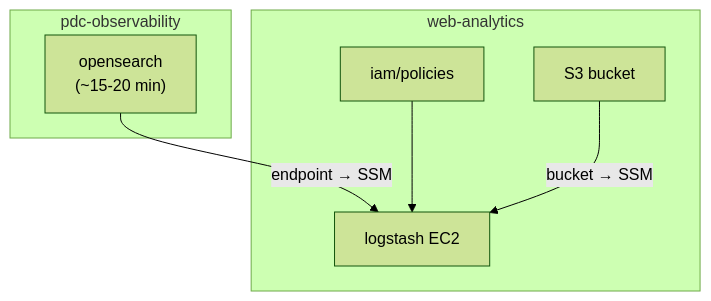
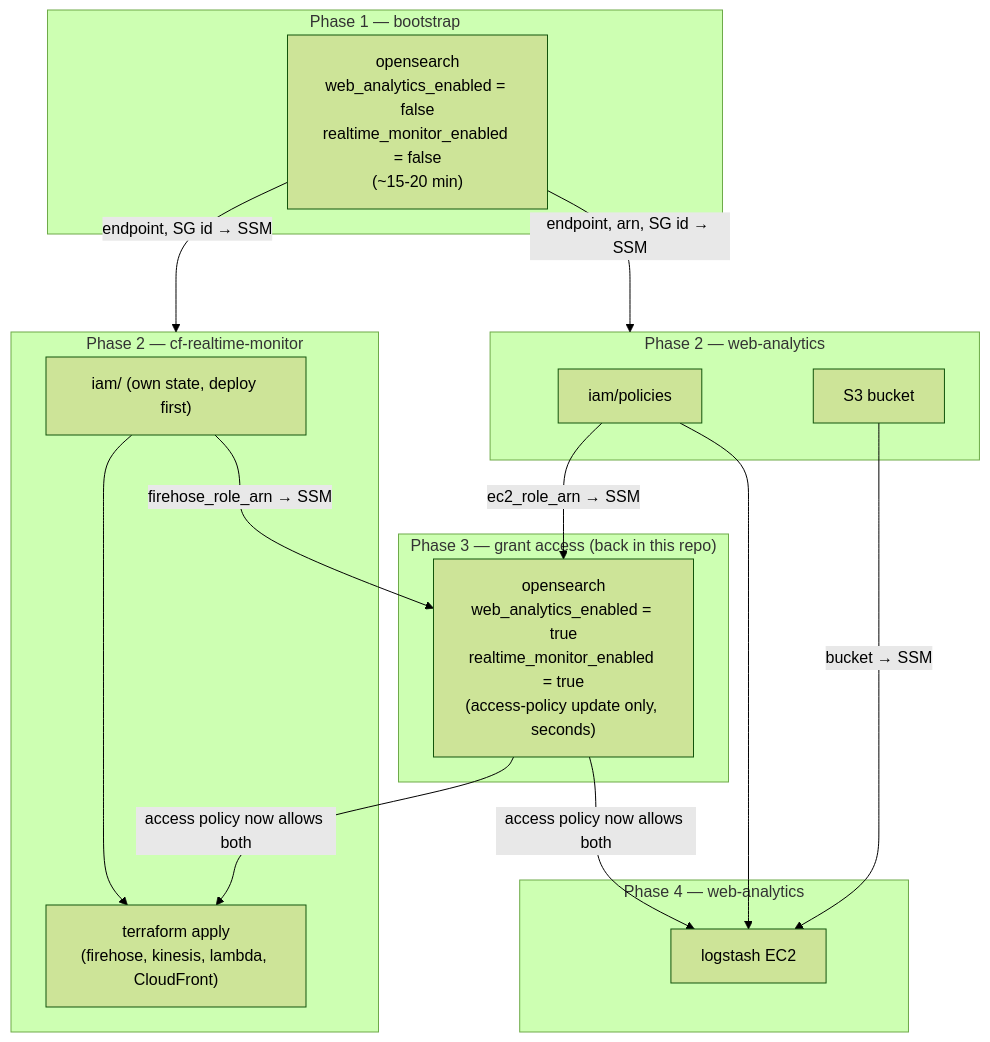
Before and after one commit to NASA-PDS/o11y-platform: the second of 2 diagrams in terraform/README.md, drawn with Mermaid (forest theme). The commit also changed other lines of this file and 1 other file, not shown here.

First line of the commit message:
Read tfvars from cds-infra-deploy by default, LOCAL=1 to fall back

````diff
--- a/terraform/README.md
+++ b/terraform/README.md
@@ -51,16 +52,34 @@
 ```mermaid
 flowchart TD
-    subgraph here["pdc-observability"]
-        OS["opensearch\n(~15-20 min)"]
+    subgraph p1["Phase 1 — bootstrap"]
+        OS1["opensearch\nweb_analytics_enabled = false\nrealtime_monitor_enabled = false\n(~15-20 min)"]
     end
 
-    subgraph wa["web-analytics"]
+    subgraph p2wa["Phase 2 — web-analytics"]
         IAM["iam/policies"]
         S3["S3 bucket"]
+    end
+
+    subgraph p2cf["Phase 2 — cf-realtime-monitor"]
+        CFIAM["iam/ (own state, deploy first)"]
+        CFMAIN["terraform apply\n(firehose, kinesis, lambda, CloudFront)"]
+        CFIAM --> CFMAIN
+    end
+
+    subgraph p3["Phase 3 — grant access (back in this repo)"]
+        OS2["opensearch\nweb_analytics_enabled = true\nrealtime_monitor_enabled = true\n(access-policy update only, seconds)"]
+    end
+
+    subgraph p4["Phase 4 — web-analytics"]
         LS["logstash EC2"]
     end
 
-    OS -->|"endpoint → SSM"| LS
+    OS1 -->|"endpoint, arn, SG id → SSM"| p2wa
+    OS1 -->|"endpoint, SG id → SSM"| p2cf
+    IAM -->|"ec2_role_arn → SSM"| OS2
+    CFIAM -->|"firehose_role_arn → SSM"| OS2
+    OS2 -->|"access policy now allows both"| LS
+    OS2 -->|"access policy now allows both"| CFMAIN
     IAM --> LS
     S3 -->|"bucket → SSM"| LS
 ```
````
